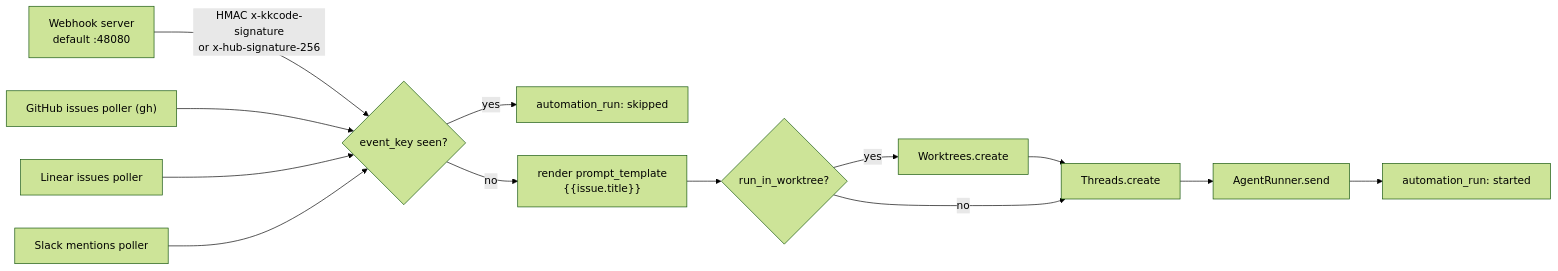
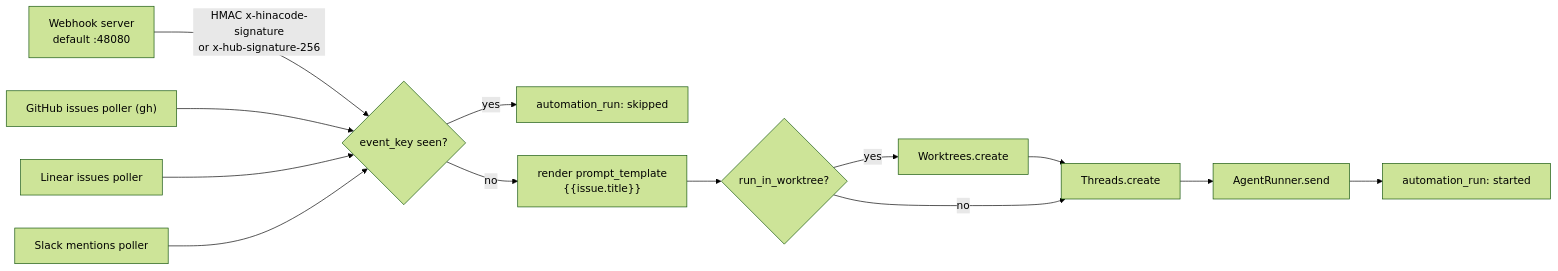
One commit to hinadev-ai/hinacode changed diagram 16 of 17 in docs/arch.md. Above: the diagram before and after it, drawn with Mermaid (forest theme). The commit also changed other lines of this file and 238 other files, not shown here.

````diff
--- a/docs/arch.md
+++ b/docs/arch.md
@@ -517,13 +517,13 @@
 ```mermaid
 flowchart LR
-  wh["Webhook server<br/>default :48080"] -- "HMAC x-kkcode-signature<br/>or x-hub-signature-256" --> dedup
+  wh["Webhook server<br/>default :48080"] -- "HMAC x-hinacode-signature<br/>or x-hub-signature-256" --> dedup
   gh["GitHub issues poller (gh)"] --> dedup
   lin["Linear issues poller"] --> dedup
   sl["Slack mentions poller"] --> dedup
   dedup{"event_key seen?"} -- yes --> skipped["automation_run: skipped"]
   dedup -- no --> tpl["render prompt_template<br/>{{issue.title}}"]
   tpl --> wt{"run_in_worktree?"}
   wt -- yes --> create["Worktrees.create"] --> thread
   wt -- no --> thread["Threads.create"]
   thread --> send["AgentRunner.send"] --> started["automation_run: started"]
 ```
````
